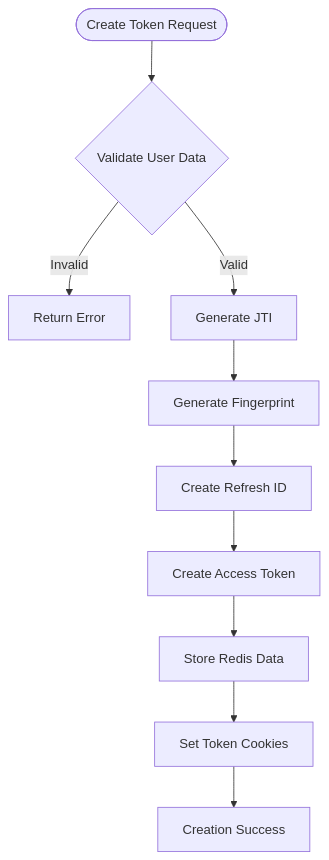
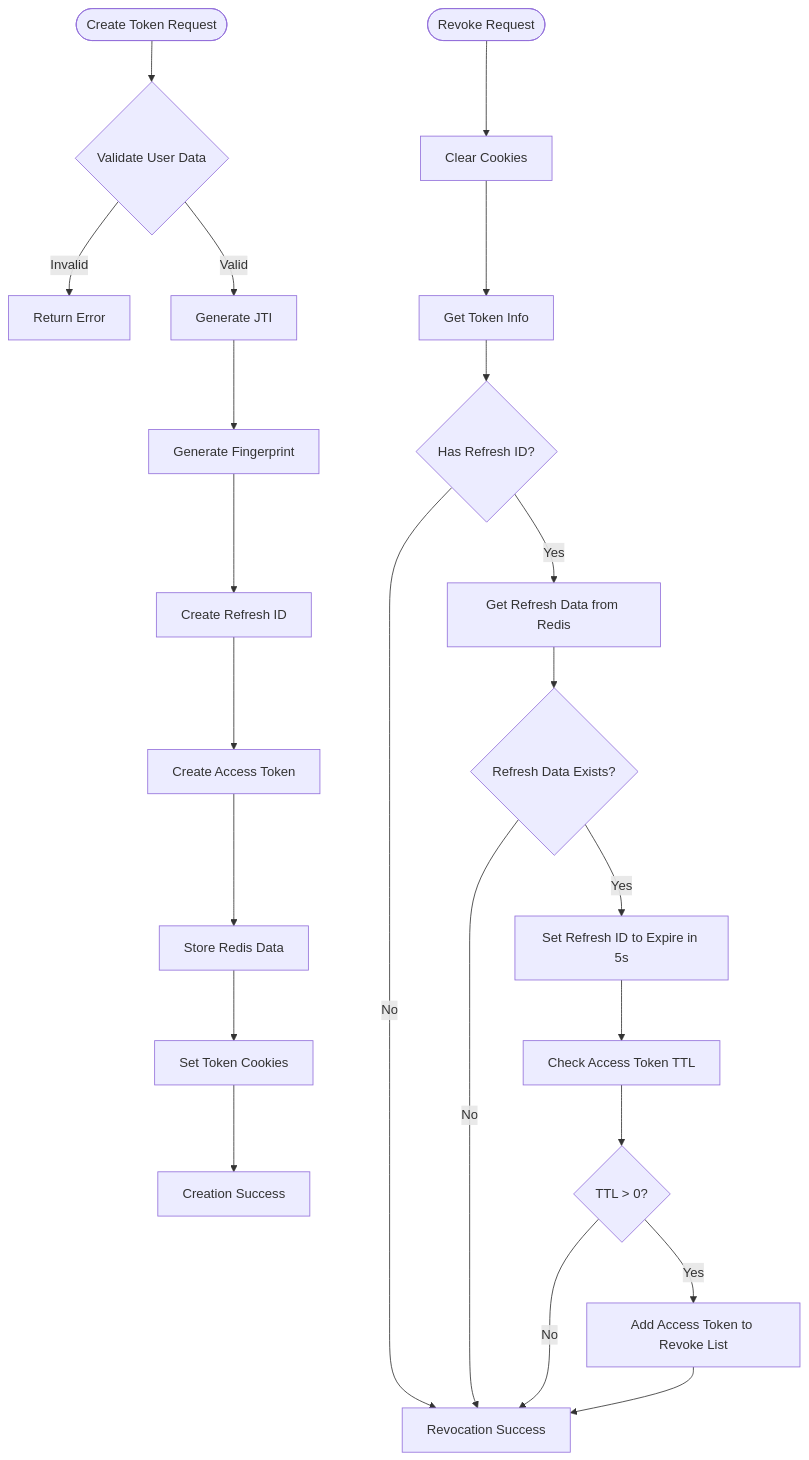
The first of 2 diagrams in README.md (pardnchiu/go-jwt-auth), drawn with Mermaid before and after one commit. The commit also changed other lines of this file, not shown here.

````diff
--- a/README.md
+++ b/README.md
@@ -86,12 +285,26 @@
-  ```mermaid
-  flowchart TD
-    CreateStart([Create Token Request]) --> ValidateAuthData{Validate User Data}
-    ValidateAuthData -->|Invalid| CreateError[Return Error]
-    ValidateAuthData -->|Valid| GenerateJTI[Generate JTI]
-    GenerateJTI --> GenerateFingerprint[Generate Fingerprint]
-    GenerateFingerprint --> CreateRefreshId[Create Refresh ID]
-    CreateRefreshId --> CreateAccessToken[Create Access Token]
-    CreateAccessToken --> StoreRedisData[Store Redis Data]
-    StoreRedisData --> SetTokenCookies[Set Token Cookies]
-    SetTokenCookies --> CreateSuccess[Creation Success]
-  ```
+```mermaid
+flowchart TD
+  CreateStart([Create Token Request]) --> ValidateAuthData{Validate User Data}
+  ValidateAuthData -->|Invalid| CreateError[Return Error]
+  ValidateAuthData -->|Valid| GenerateJTI[Generate JTI]
+  GenerateJTI --> GenerateFingerprint[Generate Fingerprint]
+  GenerateFingerprint --> CreateRefreshId[Create Refresh ID]
+  CreateRefreshId --> CreateAccessToken[Create Access Token]
+  CreateAccessToken --> StoreRedisData[Store Redis Data]
+  StoreRedisData --> SetTokenCookies[Set Token Cookies]
+  SetTokenCookies --> CreateSuccess[Creation Success]
+
+  RevokeStart([Revoke Request]) --> ClearCookies[Clear Cookies]
+  ClearCookies --> GetTokens[Get Token Info]
+  GetTokens --> HasRefreshId{Has Refresh ID?}
+  HasRefreshId -->|No| RevokeSuccess[Revocation Success]
+  HasRefreshId -->|Yes| GetRefreshData2[Get Refresh Data from Redis]
+  GetRefreshData2 --> RefreshExists{Refresh Data Exists?}
+  RefreshExists -->|No| RevokeSuccess
+  RefreshExists -->|Yes| SetOldRefreshExpire2[Set Refresh ID to Expire in 5s]
+  SetOldRefreshExpire2 --> CheckAccessTTL[Check Access Token TTL]
+  CheckAccessTTL --> TTLValid{TTL > 0?}
+  TTLValid -->|No| RevokeSuccess
+  TTLValid -->|Yes| AddToRevokeList[Add Access Token to Revoke List]
+  AddToRevokeList --> RevokeSuccess
+```
````
